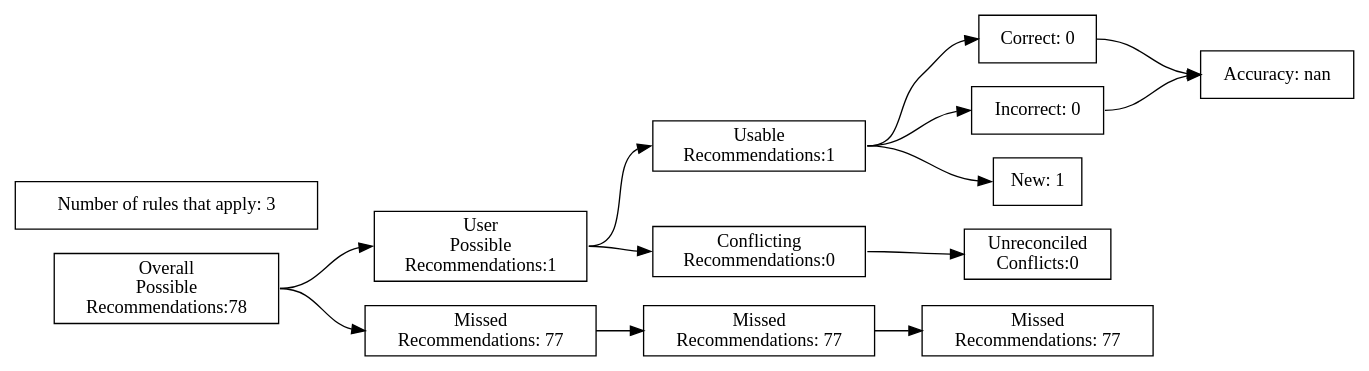
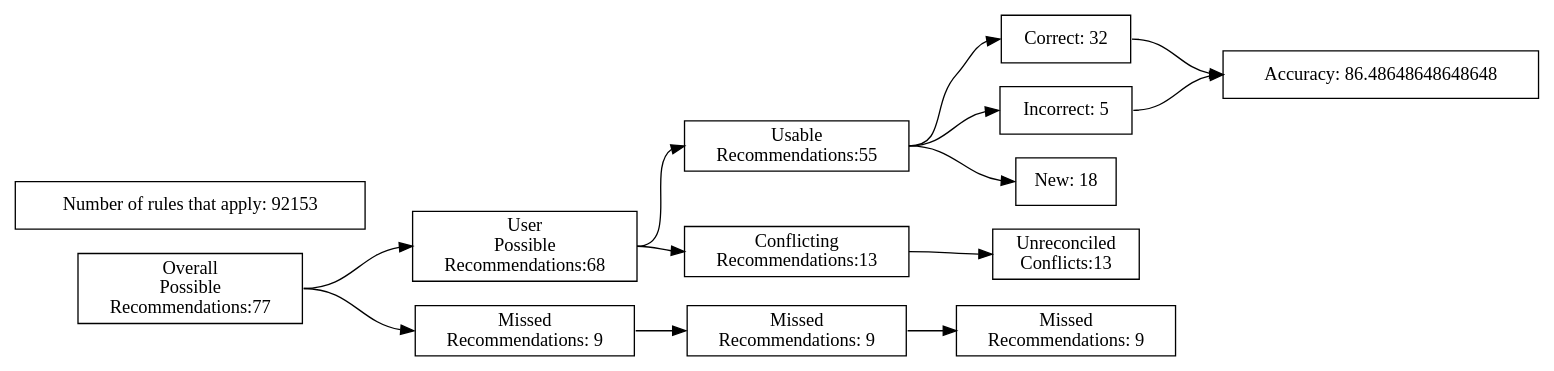
Before and after one commit to ZaxR/ibd_diet_analysis: the diagram in test_renders/2.gv, drawn with Graphviz. The commit also changed 224 other files, not shown here.

Commit message:
Add model summary chart; fix typos

```diff
--- a/test_renders/2.gv
+++ b/test_renders/2.gv
@@ -1,40 +1,40 @@
 digraph {
 	graph [rankdir=LR]
 	node [pos=r shape=box]
 	edge [headport=w tailport=e]
 		A [label="Overall
 Possible
-Recommendations:78"]
+Recommendations:77"]
 		B [label="User
 Possible
-Recommendations:1"]
+Recommendations:68"]
 		C [label="Missed
-Recommendations: 77"]
+Recommendations: 9"]
 		D [label="Usable
-Recommendations:1"]
+Recommendations:55"]
 		E [label="Conflicting
-Recommendations:0"]
+Recommendations:13"]
 		J [label="Missed
-Recommendations: 77"]
+Recommendations: 9"]
 		M [label="Unreconciled
-Conflicts:0"]
-		F [label="Correct: 0"]
-		G [label="Incorrect: 0"]
-		H [label="New: 1"]
+Conflicts:13"]
+		F [label="Correct: 32"]
+		G [label="Incorrect: 5"]
+		H [label="New: 18"]
 		K [label="Missed
-Recommendations: 77"]
-		I [label="Accuracy: nan"]
-		l [label="Number of rules that apply: 3"]
+Recommendations: 9"]
+		I [label="Accuracy: 86.48648648648648"]
+		l [label="Number of rules that apply: 92153"]
 			A -> B
 			A -> C
 			B -> D
 			B -> E
 			D -> F
 			D -> G
 			D -> H
 			F -> I
 			G -> I
 			C -> J
 			J -> K
 			E -> M
 }
```
